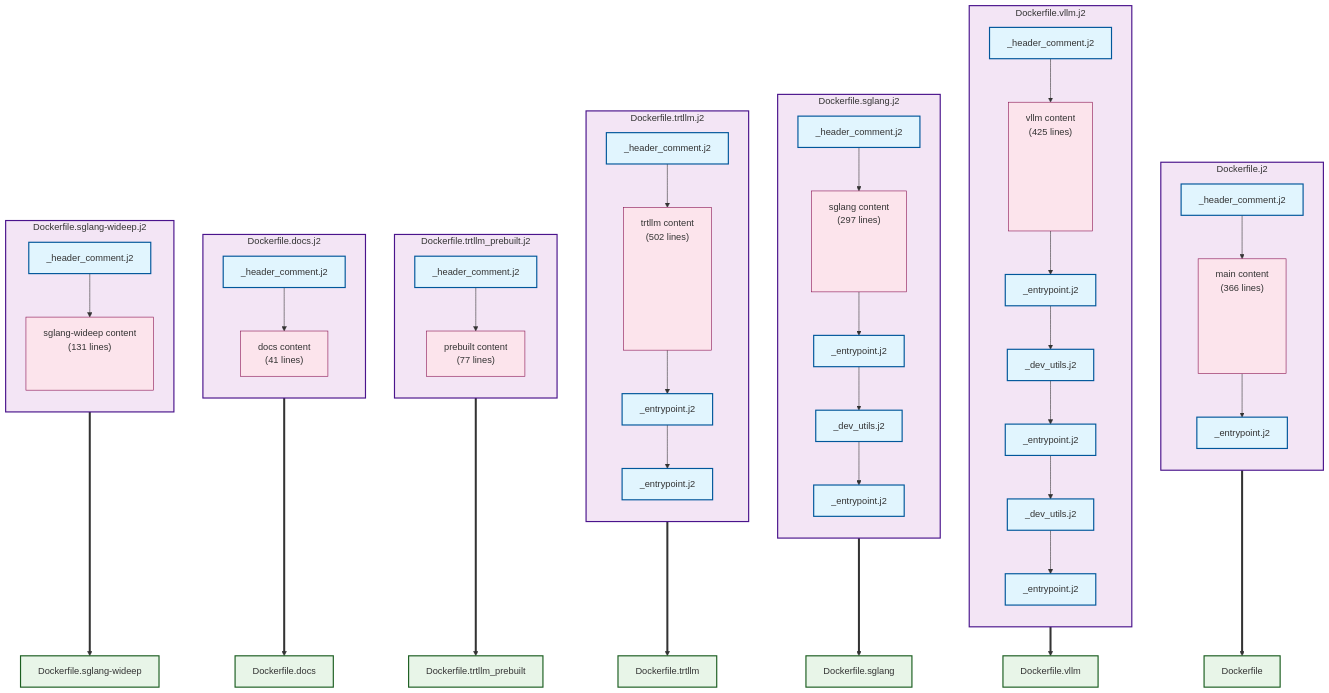
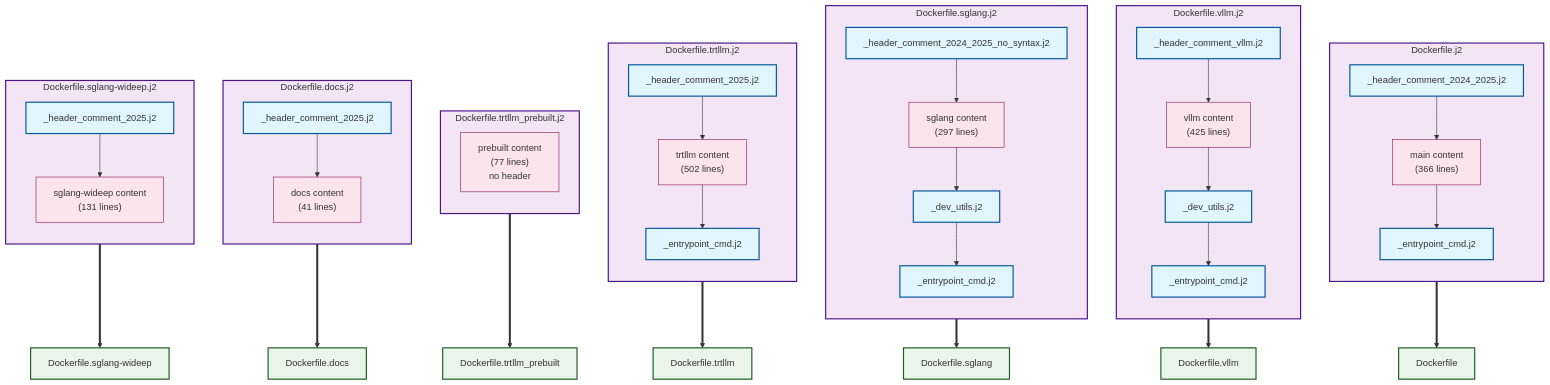
The diagram in container/templates/README.md (vickiegpt/dynamo), drawn with Mermaid before and after one commit. The commit also changed other lines of this file and 12 other files, not shown here.

First line of the commit message:
feat: refactor templates with header variants and shared entrypoint fragment

````diff
--- a/container/templates/README.md
+++ b/container/templates/README.md
@@ -9,61 +9,54 @@
     %% Template Compositions (showing internal structure)
     subgraph DFJ[Dockerfile.j2]
         direction TB
-        DFJ_H[_header_comment.j2]
-        DFJ_BODY["main content<br/>(366 lines)<br/><br/><br/><br/><br/><br/>"]
-        DFJ_E[_entrypoint.j2]
+        DFJ_H[_header_comment_2024_2025.j2]
+        DFJ_BODY["main content<br/>(366 lines)"]
+        DFJ_E[_entrypoint_cmd.j2]
         DFJ_H --> DFJ_BODY --> DFJ_E
     end
 
     subgraph DVJ[Dockerfile.vllm.j2]
         direction TB
-        DVJ_H[_header_comment.j2]
-        DVJ_BODY["vllm content<br/>(425 lines)<br/><br/><br/><br/><br/><br/><br/>"]
-        DVJ_E1[_entrypoint.j2]
-        DVJ_D1[_dev_utils.j2]
-        DVJ_E2[_entrypoint.j2]
-        DVJ_D2[_dev_utils.j2]
-        DVJ_E3[_entrypoint.j2]
-        DVJ_H --> DVJ_BODY --> DVJ_E1 --> DVJ_D1 --> DVJ_E2 --> DVJ_D2 --> DVJ_E3
+        DVJ_H[_header_comment_vllm.j2]
+        DVJ_BODY["vllm content<br/>(425 lines)"]
+        DVJ_D[_dev_utils.j2]
+        DVJ_E[_entrypoint_cmd.j2]
+        DVJ_H --> DVJ_BODY --> DVJ_D --> DVJ_E
     end
 
     subgraph DSJ[Dockerfile.sglang.j2]
         direction TB
-        DSJ_H[_header_comment.j2]
-        DSJ_BODY["sglang content<br/>(297 lines)<br/><br/><br/><br/><br/>"]
-        DSJ_E1[_entrypoint.j2]
+        DSJ_H[_header_comment_2024_2025_no_syntax.j2]
+        DSJ_BODY["sglang content<br/>(297 lines)"]
         DSJ_D[_dev_utils.j2]
-        DSJ_E2[_entrypoint.j2]
-        DSJ_H --> DSJ_BODY --> DSJ_E1 --> DSJ_D --> DSJ_E2
+        DSJ_E[_entrypoint_cmd.j2]
+        DSJ_H --> DSJ_BODY --> DSJ_D --> DSJ_E
     end
 
     subgraph DTJ[Dockerfile.trtllm.j2]
         direction TB
-        DTJ_H[_header_comment.j2]
-        DTJ_BODY["trtllm content<br/>(502 lines)<br/><br/><br/><br/><br/><br/><br/><br/>"]
-        DTJ_E1[_entrypoint.j2]
-        DTJ_E2[_entrypoint.j2]
-        DTJ_H --> DTJ_BODY --> DTJ_E1 --> DTJ_E2
+        DTJ_H[_header_comment_2025.j2]
+        DTJ_BODY["trtllm content<br/>(502 lines)"]
+        DTJ_E[_entrypoint_cmd.j2]
+        DTJ_H --> DTJ_BODY --> DTJ_E
     end
 
     subgraph DPJ[Dockerfile.trtllm_prebuilt.j2]
         direction TB
-        DPJ_H[_header_comment.j2]
-        DPJ_BODY["prebuilt content<br/>(77 lines)<br/>"]
-        DPJ_H --> DPJ_BODY
+        DPJ_BODY["prebuilt content<br/>(77 lines)<br/>no header"]
     end
 
     subgraph DDJ[Dockerfile.docs.j2]
         direction TB
-        DDJ_H[_header_comment.j2]
-        DDJ_BODY["docs content<br/>(41 lines)<br/>"]
+        DDJ_H[_header_comment_2025.j2]
+        DDJ_BODY["docs content<br/>(41 lines)"]
         DDJ_H --> DDJ_BODY
     end
 
     subgraph DSWJ[Dockerfile.sglang-wideep.j2]
         direction TB
-        DSWJ_H[_header_comment.j2]
-        DSWJ_BODY["sglang-wideep content<br/>(131 lines)<br/><br/><br/>"]
+        DSWJ_H[_header_comment_2025.j2]
+        DSWJ_BODY["sglang-wideep content<br/>(131 lines)"]
         DSWJ_H --> DSWJ_BODY
     end
 
@@ -83,7 +76,7 @@
     classDef dockerfile fill:#e8f5e8,stroke:#1b5e20,stroke-width:2px
 
     class DFJ,DVJ,DSJ,DTJ,DPJ,DDJ,DSWJ templateBox
-    class DFJ_H,DFJ_E,DVJ_H,DVJ_D1,DVJ_E1,DVJ_D2,DVJ_E2,DVJ_E3,DSJ_H,DSJ_E1,DSJ_D,DSJ_E2,DTJ_H,DTJ_E1,DTJ_E2,DPJ_H,DDJ_H,DSWJ_H sharedFragment
+    class DFJ_H,DFJ_E,DVJ_H,DVJ_D,DVJ_E,DSJ_H,DSJ_D,DSJ_E,DTJ_H,DTJ_E,DDJ_H,DSWJ_H sharedFragment
     class DFJ_BODY,DVJ_BODY,DSJ_BODY,DTJ_BODY,DPJ_BODY,DDJ_BODY,DSWJ_BODY mainContent
     class DF,DV,DS,DT,DP,DD,DSW dockerfile
 ```
````
